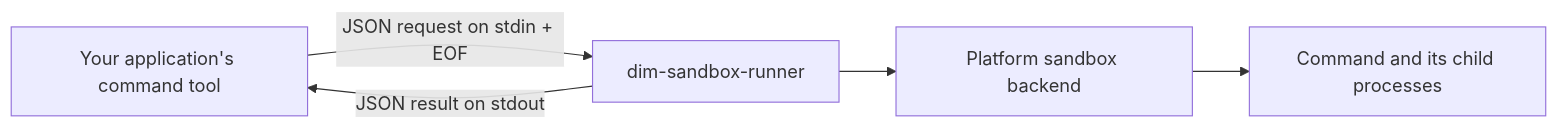
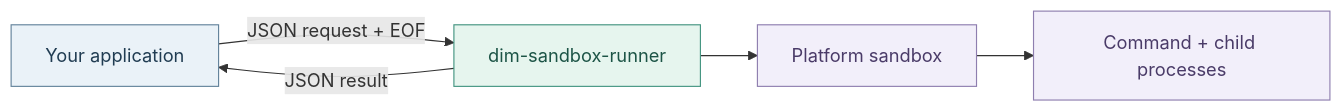
Before and after one commit to arcships/sandbox: the diagram in README.md, drawn with Mermaid. The commit also changed other lines of this file and 1 other file, not shown here.

Commit message:
docs: refresh README layout and add sandbox banner

````diff
--- a/README.md
+++ b/README.md
@@ -15,7 +68,13 @@
 ```mermaid
 flowchart LR
-    app["Your application's command tool"] -->|"JSON request on stdin + EOF"| runner["dim-sandbox-runner"]
-    runner --> backend["Platform sandbox backend"]
-    backend --> command["Command and its child processes"]
-    runner -->|"JSON result on stdout"| app
+    app["Your application"] -->|"JSON request + EOF"| runner["dim-sandbox-runner"]
+    runner --> backend["Platform sandbox"]
+    backend --> command["Command + child processes"]
+    runner -->|"JSON result"| app
+    classDef host fill:#eaf2f8,stroke:#63839b,color:#203c52
+    classDef runnerNode fill:#e6f5ee,stroke:#439480,color:#1c5446
+    classDef child fill:#f2effa,stroke:#8e7eaf,color:#4a3b68
+    class app host
+    class runner runnerNode
+    class backend,command child
 ```
````
